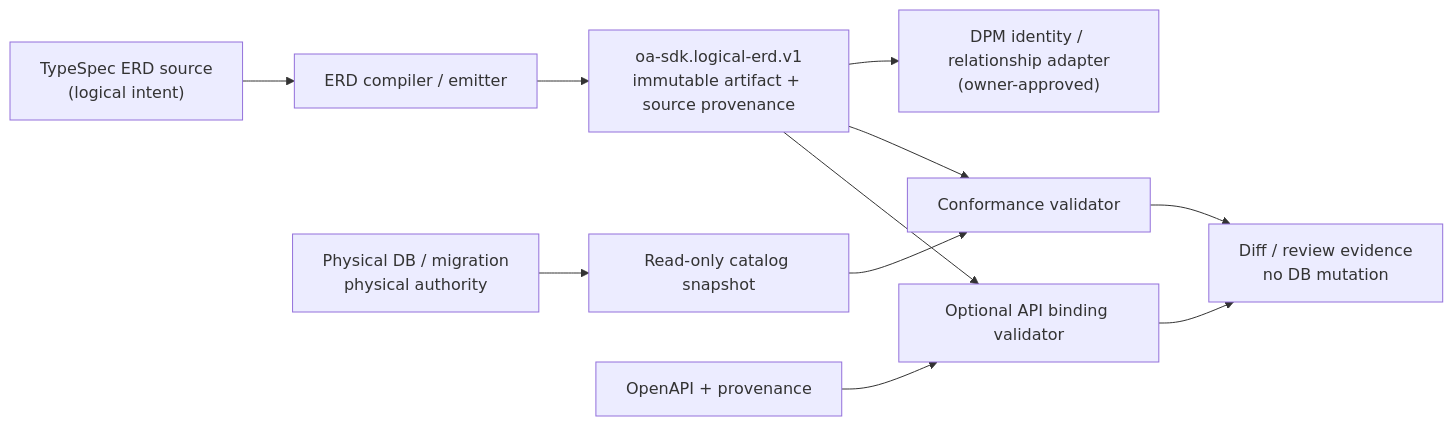
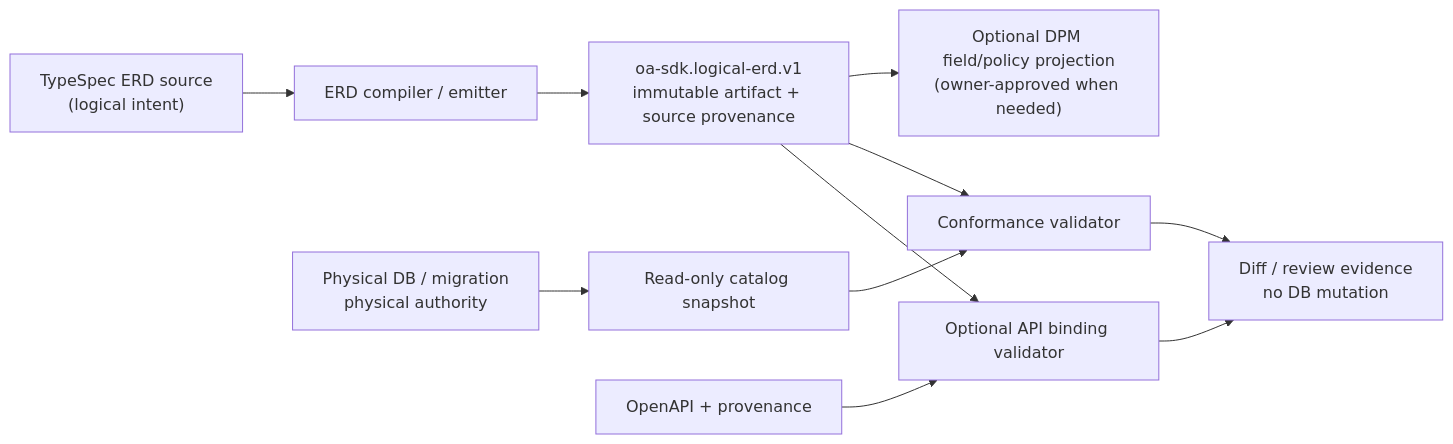
Before and after one commit to mineclover/oa-sdk: the diagram in docs/internal/typespec-roundtrip/logical-erd-typespec-profile.plan.md, drawn with Mermaid. The commit also changed other lines of this file and 6 other files, not shown here.

Commit message:
docs: document logical ERD prototype boundaries

````diff
--- a/docs/internal/typespec-roundtrip/logical-erd-typespec-profile.plan.md
+++ b/docs/internal/typespec-roundtrip/logical-erd-typespec-profile.plan.md
@@ -49,13 +53,13 @@
 ```mermaid
 flowchart LR
   TSP["TypeSpec ERD source\n(logical intent)"] --> E["ERD compiler / emitter"]
   E --> A["oa-sdk.logical-erd.v1\nimmutable artifact + source provenance"]
-  A --> D["DPM identity / relationship adapter\n(owner-approved)"]
+  A --> D["Optional DPM field/policy projection\n(owner-approved when needed)"]
   DB["Physical DB / migration\nphysical authority"] --> C["Read-only catalog snapshot"]
   C --> V["Conformance validator"]
   A --> V
   OAS["OpenAPI + provenance"] --> B["Optional API binding validator"]
   A --> B
   V --> R["Diff / review evidence\nno DB mutation"]
   B --> R
 ```
````
